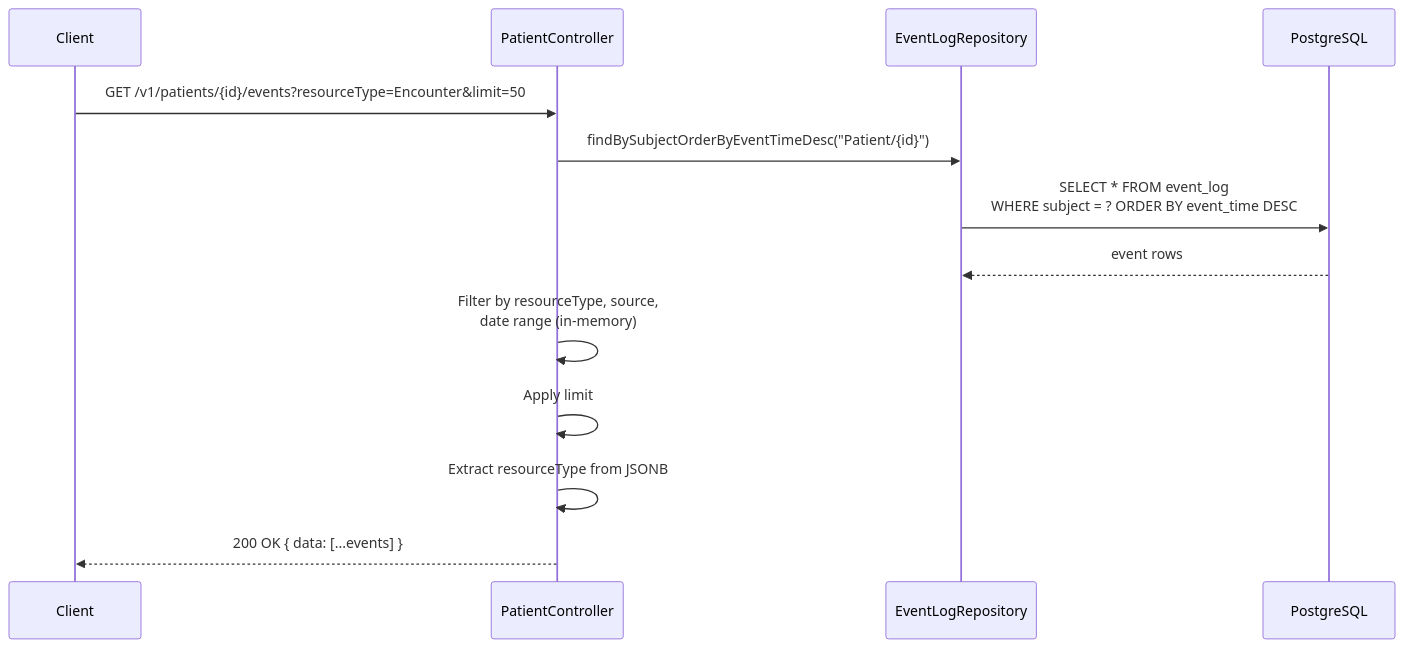
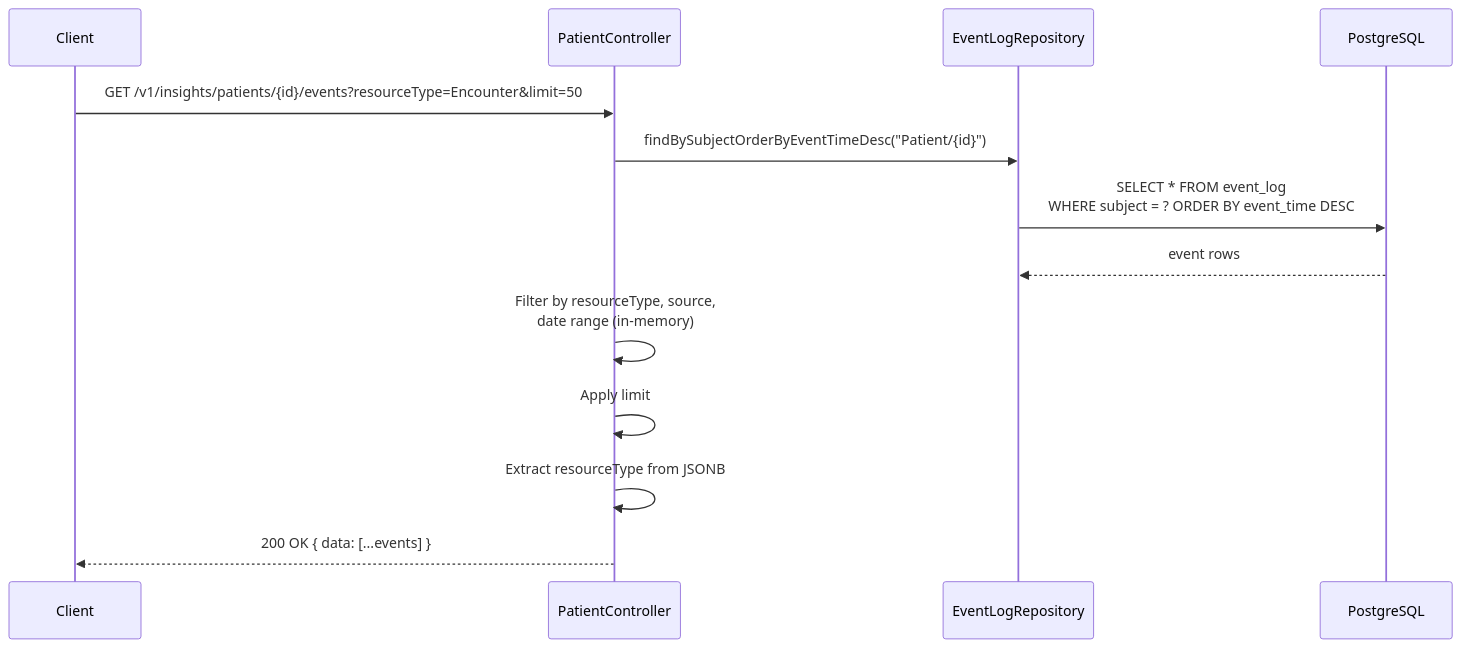
One commit to AjishaVayoli-Tarento/cce-insights-service changed diagram 21 of 27 in docs/flow-diagrams.md. Above: the diagram before and after it, drawn with Mermaid. The commit also changed other lines of this file and 27 other files, not shown here.

````diff
--- a/docs/flow-diagrams.md
+++ b/docs/flow-diagrams.md
@@ -446,18 +446,18 @@
 ```mermaid
 sequenceDiagram
     participant Client
     participant Controller as PatientController
     participant Repo as EventLogRepository
     participant DB as PostgreSQL
 
-    Client->>Controller: GET /v1/patients/{id}/events?resourceType=Encounter&limit=50
+    Client->>Controller: GET /v1/insights/patients/{id}/events?resourceType=Encounter&limit=50
     Controller->>Repo: findBySubjectOrderByEventTimeDesc("Patient/{id}")
     Repo->>DB: SELECT * FROM event_log<br/>WHERE subject = ? ORDER BY event_time DESC
     DB-->>Repo: event rows
 
     Controller->>Controller: Filter by resourceType, source,<br/>date range (in-memory)
     Controller->>Controller: Apply limit
     Controller->>Controller: Extract resourceType from JSONB
 
     Controller-->>Client: 200 OK { data: [...events] }
 ```
````
